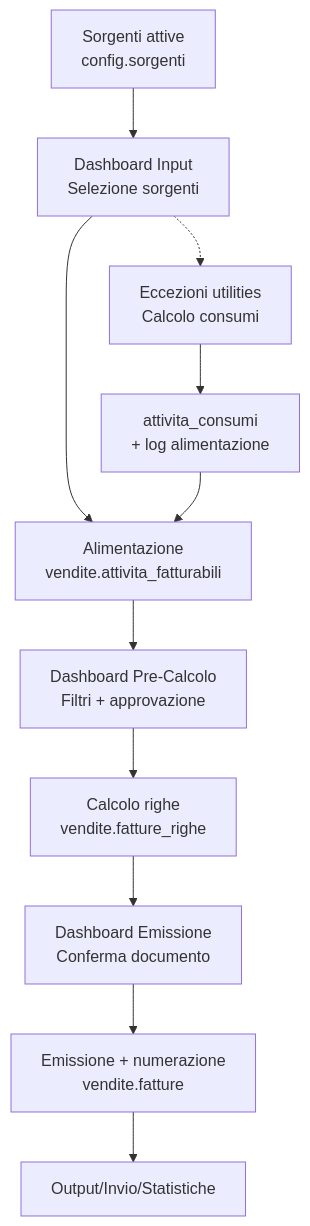
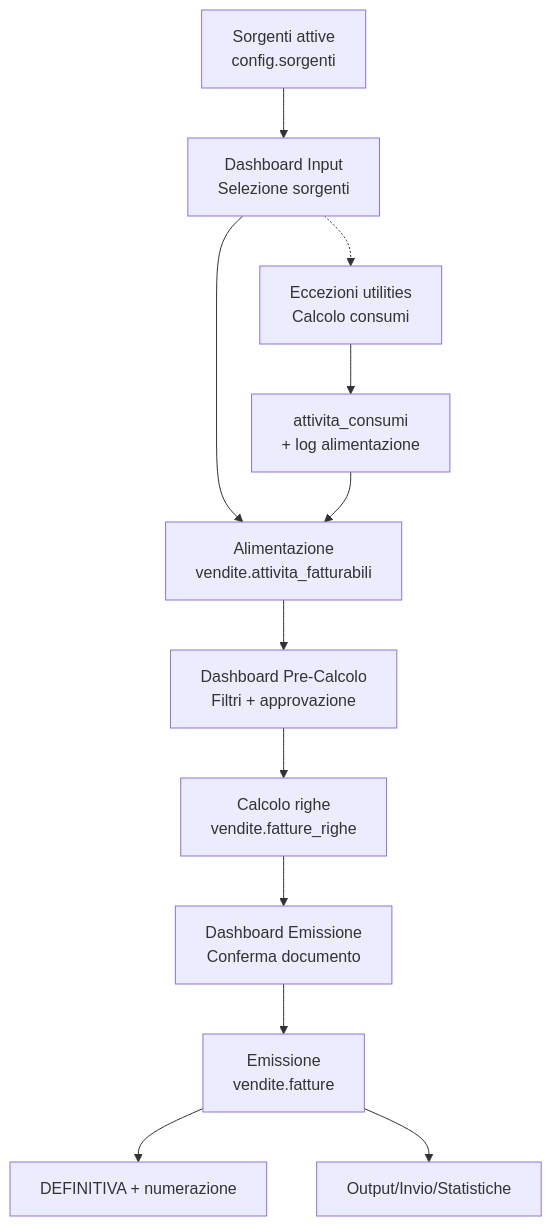
Before and after one commit to Tito-it/ZeroErp: the first of 2 diagrams in docs/it/guide/fatturazione.md, drawn with Mermaid. The commit also changed other lines of this file and 9 other files, not shown here.

````diff
--- a/docs/it/guide/fatturazione.md
+++ b/docs/it/guide/fatturazione.md
@@ -90,13 +90,14 @@
 ```mermaid
 flowchart TD
   A[Sorgenti attive<br/>config.sorgenti] --> B[Dashboard Input<br/>Selezione sorgenti]
   B --> C[Alimentazione<br/>vendite.attivita_fatturabili]
   B -.-> X[Eccezioni utilities<br/>Calcolo consumi]
   X --> XC[attivita_consumi<br/>+ log alimentazione]
   XC --> C
   C --> D[Dashboard Pre‑Calcolo<br/>Filtri + approvazione]
   D --> E[Calcolo righe<br/>vendite.fatture_righe]
   E --> F[Dashboard Emissione<br/>Conferma documento]
-  F --> G[Emissione + numerazione<br/>vendite.fatture]
+  F --> G[Emissione<br/>vendite.fatture]
+  G --> GD[DEFINITIVA + numerazione]
   G --> H[Output/Invio/Statistiche]
 ```
````
